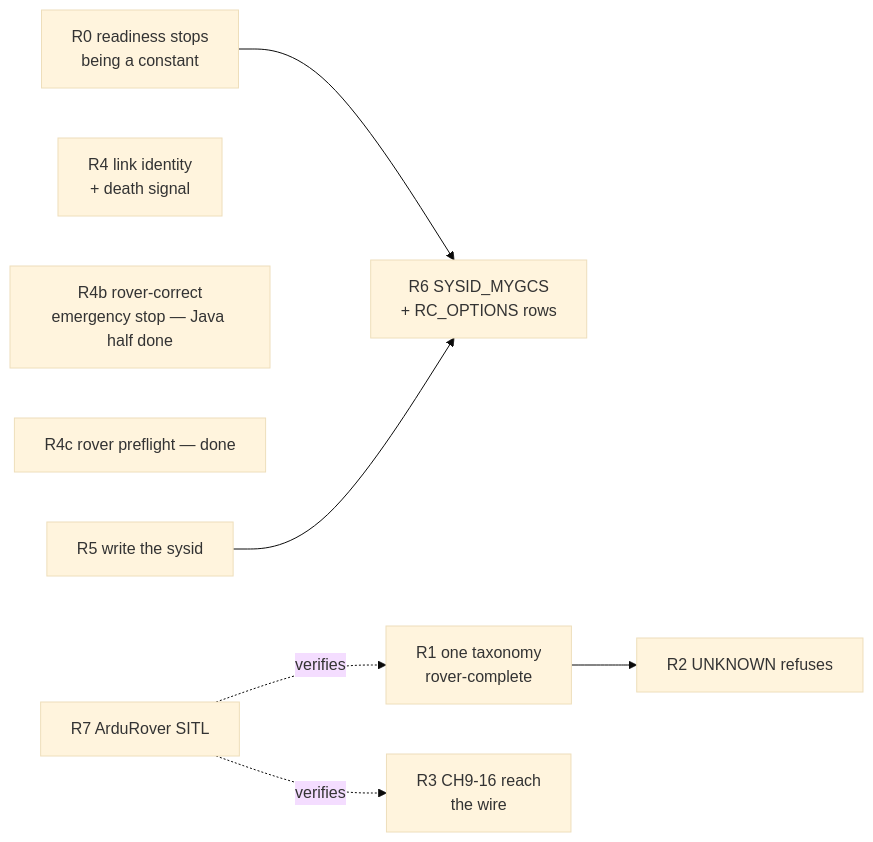
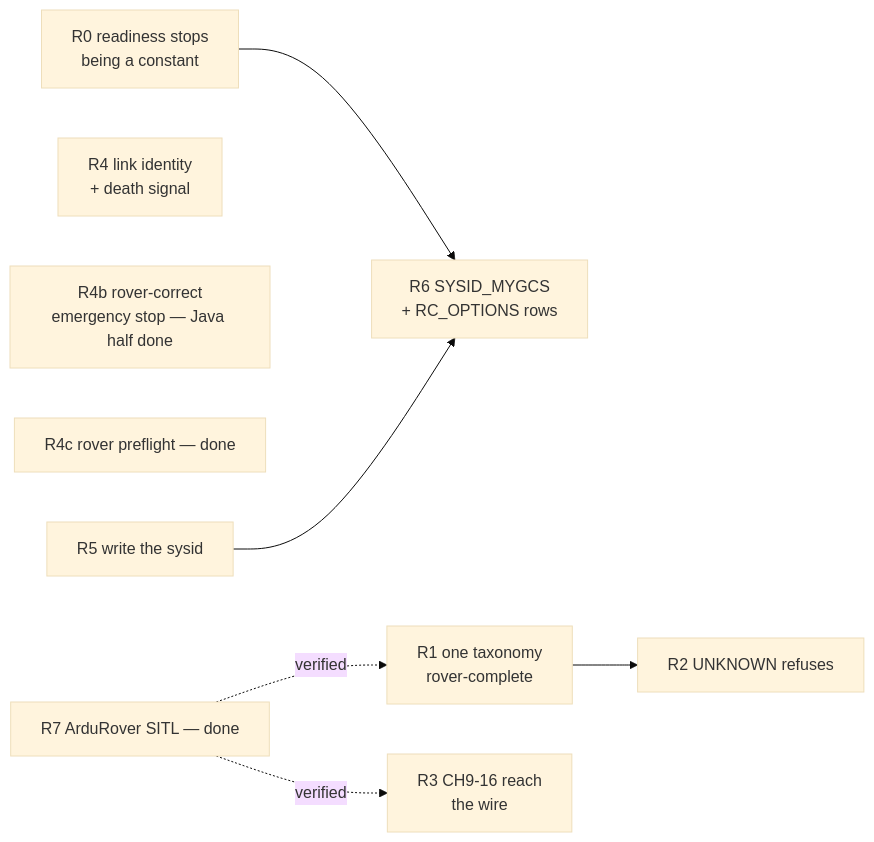
The second of 2 diagrams in docs/plans/active/FLEET-RADIO-PLAN.md (VladTetyorko/computer.vision), drawn with Mermaid (base theme) before and after one commit. The commit also changed other lines of this file and 3 other files, not shown here.

First line of the commit message:
test(mavlink): R7 — ArduRover SITL integration test (F11 closed)

````diff
--- a/docs/plans/active/FLEET-RADIO-PLAN.md
+++ b/docs/plans/active/FLEET-RADIO-PLAN.md
@@ -867,12 +921,12 @@
 ```mermaid
 flowchart LR
   R0["R0 readiness stops<br/>being a constant"] --> R6["R6 SYSID_MYGCS<br/>+ RC_OPTIONS rows"]
   R1["R1 one taxonomy<br/>rover-complete"] --> R2["R2 UNKNOWN refuses"]
   R3["R3 CH9-16 reach<br/>the wire"]
   R4["R4 link identity<br/>+ death signal"]
   R4b["R4b rover-correct<br/>emergency stop — Java half done"]
   R4c["R4c rover preflight — done"]
   R5["R5 write the sysid"] --> R6
-  R7["R7 ArduRover SITL"] -.verifies.-> R1
-  R7 -.verifies.-> R3
+  R7["R7 ArduRover SITL — done"] -.verified.-> R1
+  R7 -.verified.-> R3
 ```
````
